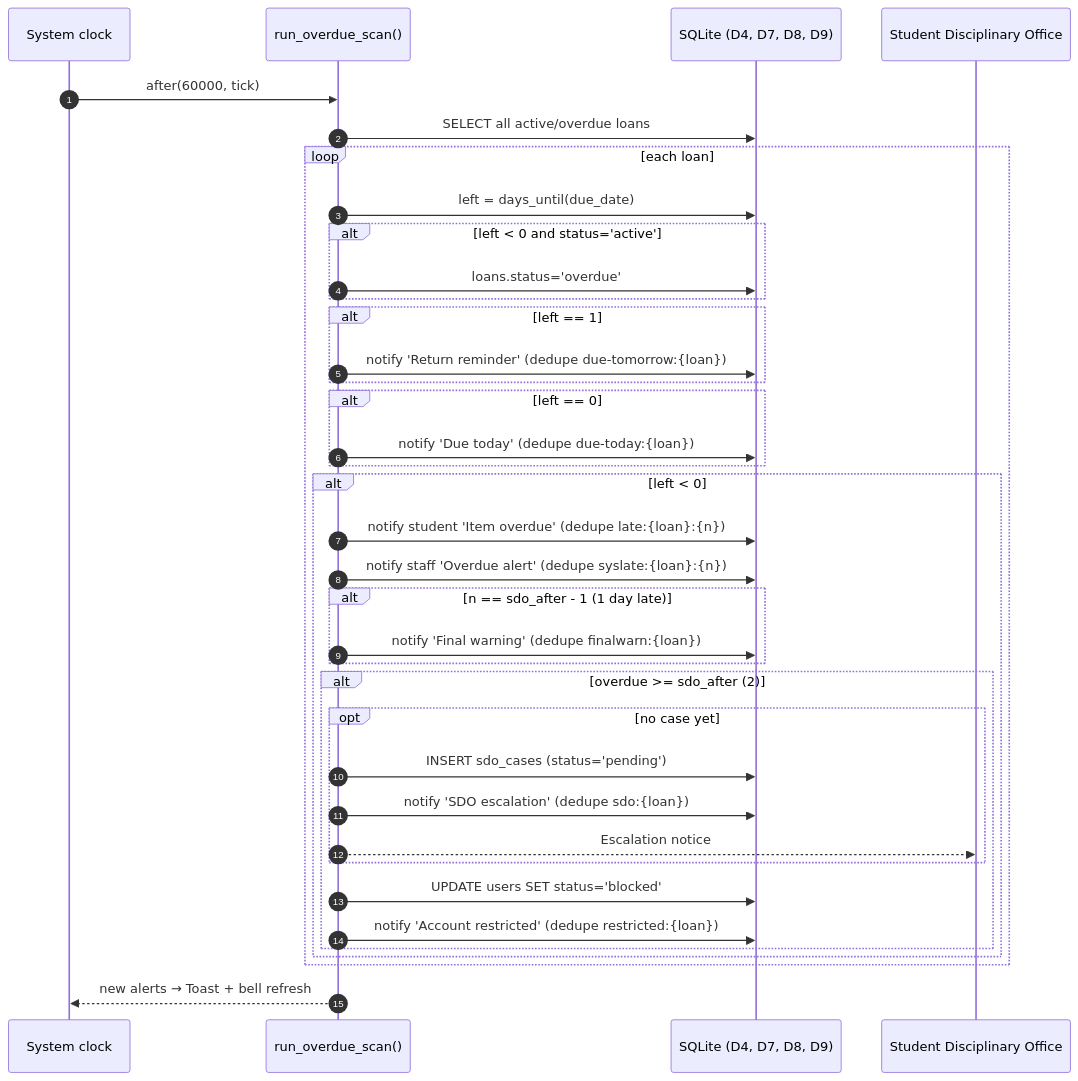
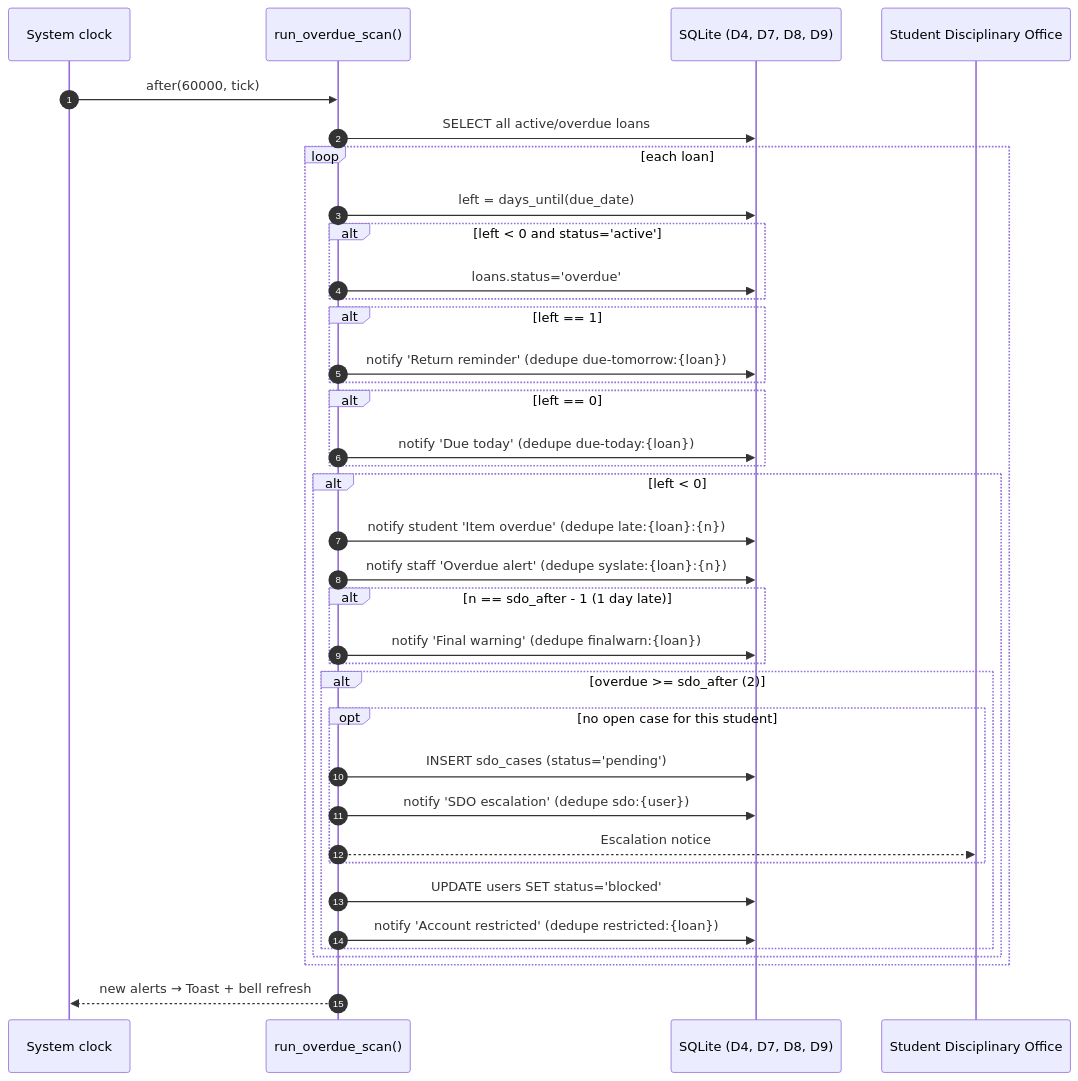
Before and after one commit to Hermione158/PDM-Library: the eighth of 8 diagrams in WORKFLOW.md, drawn with Mermaid. The commit also changed other lines of this file and 3 other files, not shown here.

````diff
--- a/WORKFLOW.md
+++ b/WORKFLOW.md
@@ -621,40 +619,40 @@
 ```mermaid
 sequenceDiagram
     autonumber
     participant T as System clock
     participant SYS as run_overdue_scan()
     participant DB as SQLite (D4, D7, D8, D9)
     participant SDO as Student Disciplinary Office
 
     T->>SYS: after(60000, tick)
     SYS->>DB: SELECT all active/overdue loans
     loop each loan
         SYS->>DB: left = days_until(due_date)
         alt left < 0 and status='active'
             SYS->>DB: loans.status='overdue'
         end
         alt left == 1
             SYS->>DB: notify 'Return reminder' (dedupe due-tomorrow:{loan})
         end
         alt left == 0
             SYS->>DB: notify 'Due today' (dedupe due-today:{loan})
         end
         alt left < 0
             SYS->>DB: notify student 'Item overdue' (dedupe late:{loan}:{n})
             SYS->>DB: notify staff 'Overdue alert' (dedupe syslate:{loan}:{n})
             alt n == sdo_after - 1 (1 day late)
                 SYS->>DB: notify 'Final warning' (dedupe finalwarn:{loan})
             end
             alt overdue >= sdo_after (2)
-                opt no case yet
+                opt no open case for this student
                     SYS->>DB: INSERT sdo_cases (status='pending')
-                    SYS->>DB: notify 'SDO escalation' (dedupe sdo:{loan})
+                    SYS->>DB: notify 'SDO escalation' (dedupe sdo:{user})
                     SYS-->>SDO: Escalation notice
                 end
                 SYS->>DB: UPDATE users SET status='blocked'
                 SYS->>DB: notify 'Account restricted' (dedupe restricted:{loan})
             end
         end
     end
     SYS-->>T: new alerts → Toast + bell refresh
 ```
````
